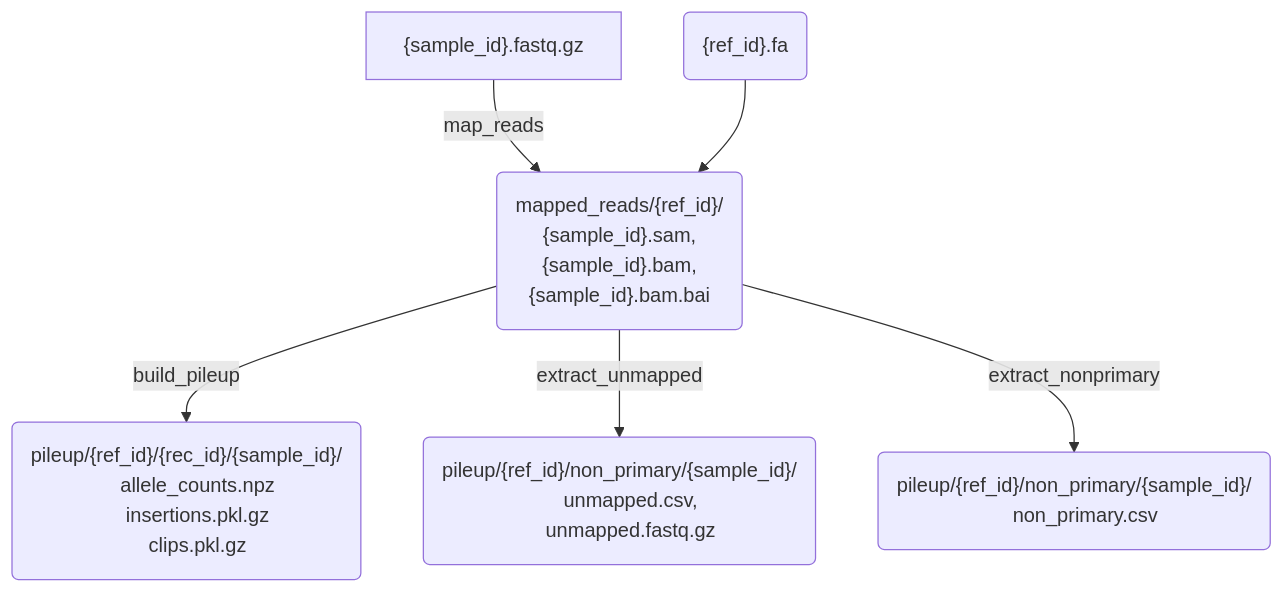
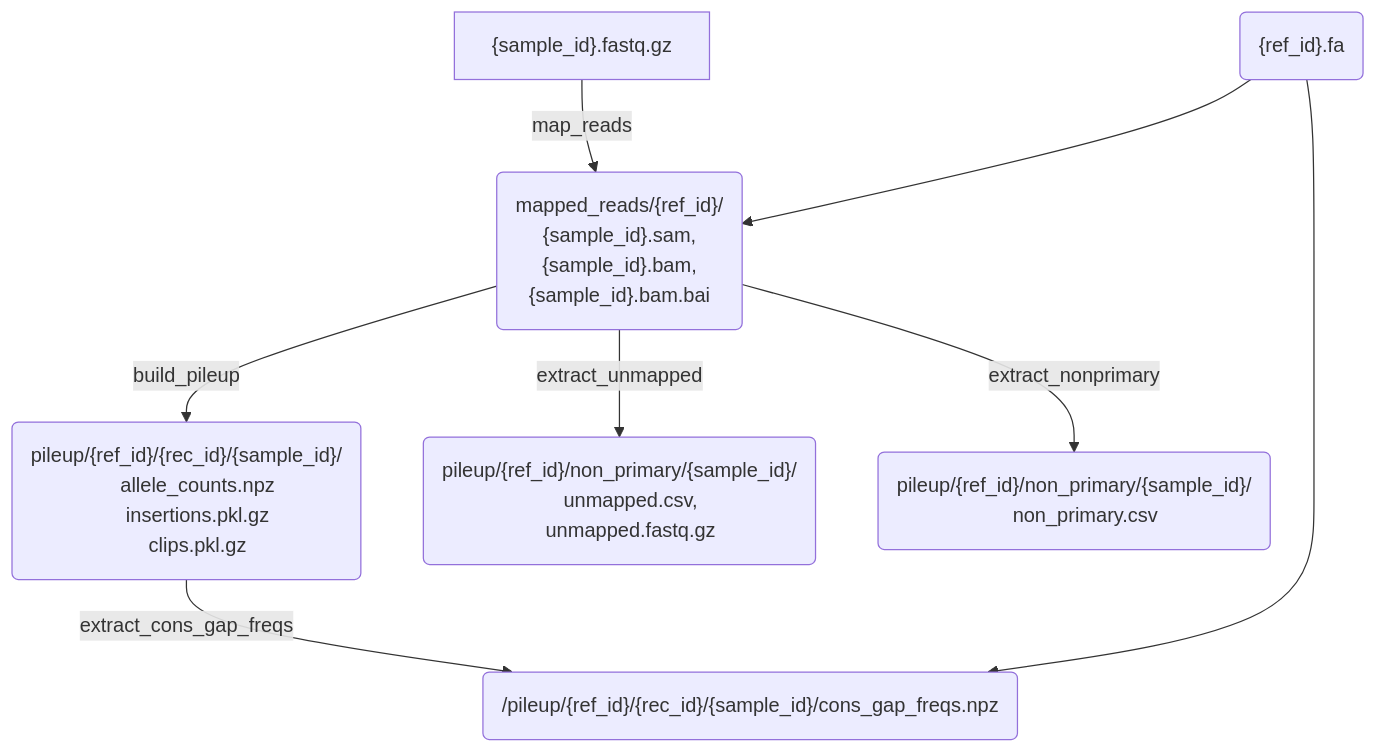
The second of 2 diagrams in notes/workflow_structure.md (mmolari/evo-genome-analysis), drawn with Mermaid before and after one commit. The commit also changed other lines of this file and 7 other files, not shown here.

````diff
--- a/notes/workflow_structure.md
+++ b/notes/workflow_structure.md
@@ -86,24 +86,27 @@
 ```mermaid
 flowchart TD
 	Sample["{sample_id}.fastq.gz"]
 	Ref("{ref_id}.fa")
 	Map("mapped_reads/{ref_id}/
     {sample_id}.sam,
     {sample_id}.bam,
     {sample_id}.bam.bai")
   Pileup("pileup/{ref_id}/{rec_id}/{sample_id}/
     allele_counts.npz
     insertions.pkl.gz
     clips.pkl.gz")
   Unmap("pileup/{ref_id}/non_primary/{sample_id}/
     unmapped.csv,
     unmapped.fastq.gz")
   NonPrim("pileup/{ref_id}/non_primary/{sample_id}/
     non_primary.csv")
+  Freqs("/pileup/{ref_id}/{rec_id}/{sample_id}/cons_gap_freqs.npz")
 
 	Sample --> |map_reads| Map
 	Ref --> Map
   Map --> |build_pileup| Pileup
   Map --> |extract_unmapped| Unmap
   Map --> |extract_nonprimary| NonPrim
+  Pileup --> |extract_cons_gap_freqs| Freqs
+  Ref --> Freqs
 ```
````
